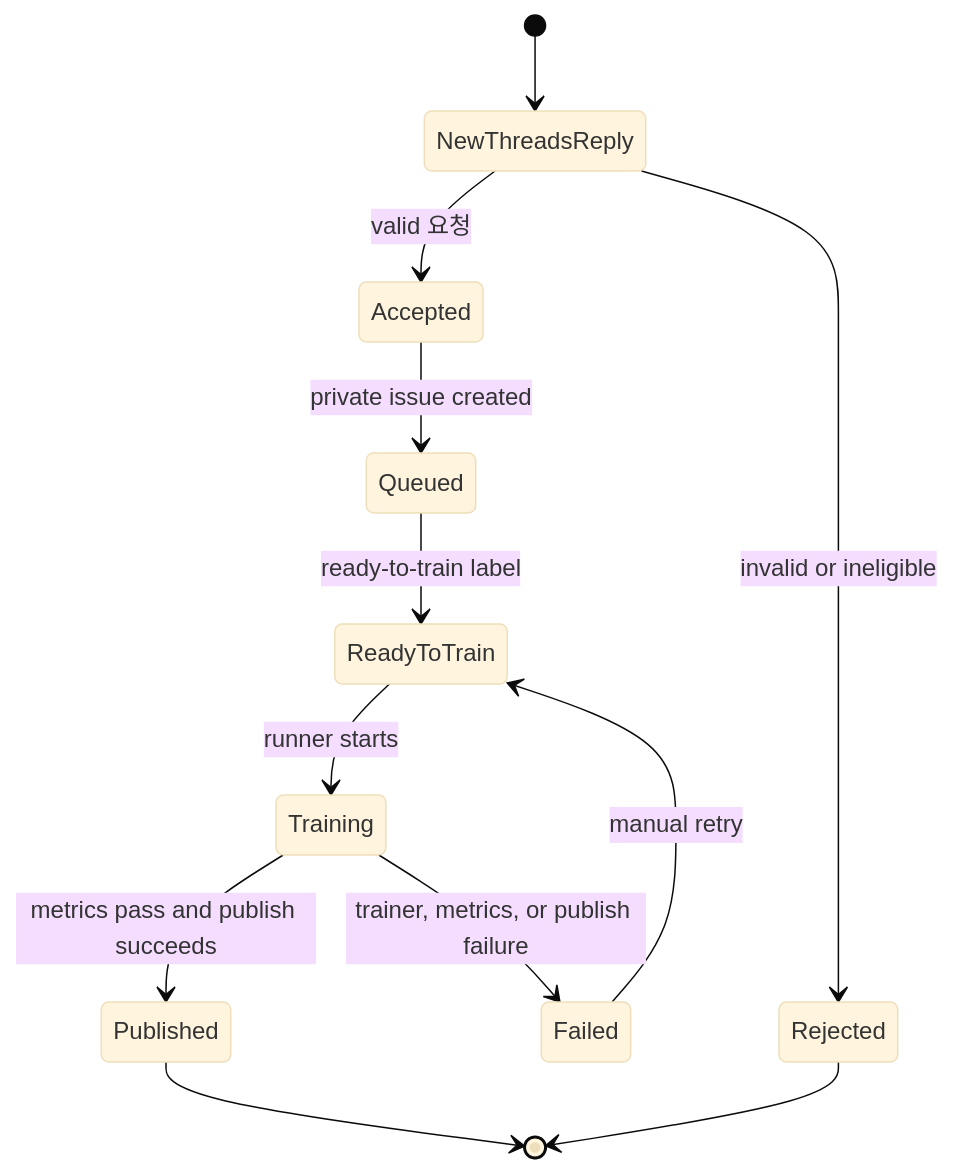
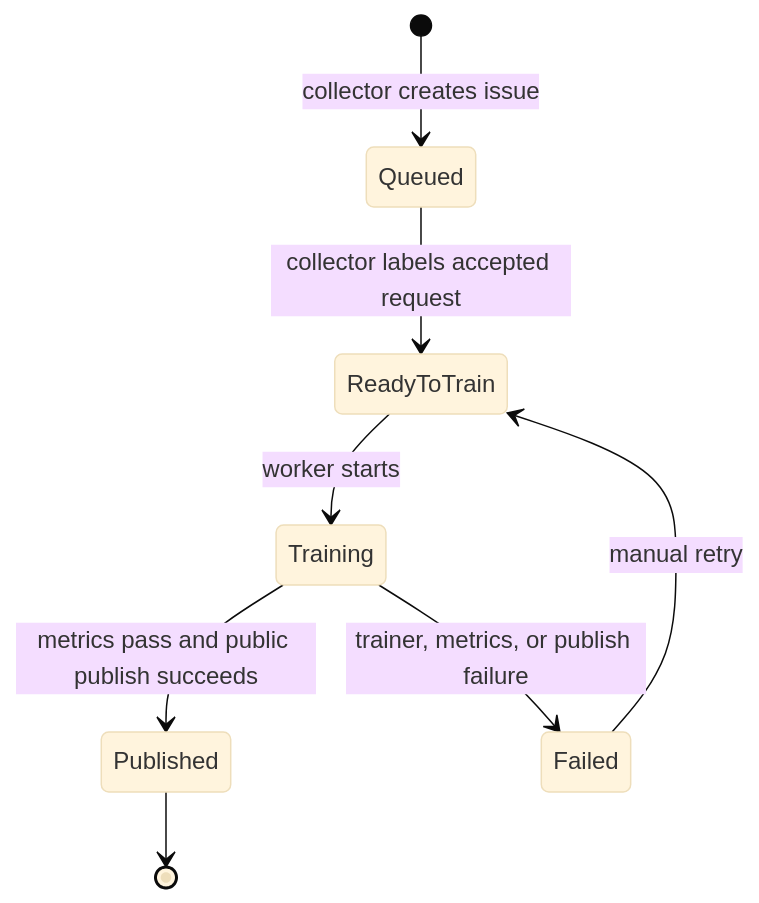
One commit to UnripePlum/korean-wakeword changed the third of 3 diagrams in docs/ARCHITECTURE.md. Above: the diagram before and after it, drawn with Mermaid (base theme). The commit also changed other lines of this file and 8 other files, not shown here.

Commit message:
Redesign worker as public issue-driven generator

````diff
--- a/docs/ARCHITECTURE.md
+++ b/docs/ARCHITECTURE.md
@@ -159,14 +123,10 @@
 ```mermaid
 stateDiagram-v2
-    [*] --> NewThreadsReply
-    NewThreadsReply --> Accepted: valid 요청
-    NewThreadsReply --> Rejected: invalid or ineligible
-    Accepted --> Queued: private issue created
-    Queued --> ReadyToTrain: ready-to-train label
-    ReadyToTrain --> Training: runner starts
-    Training --> Published: metrics pass and publish succeeds
+    [*] --> Queued: collector creates issue
+    Queued --> ReadyToTrain: collector labels accepted request
+    ReadyToTrain --> Training: worker starts
+    Training --> Published: metrics pass and public publish succeeds
     Training --> Failed: trainer, metrics, or publish failure
     Failed --> ReadyToTrain: manual retry
     Published --> [*]
-    Rejected --> [*]
 ```
````
